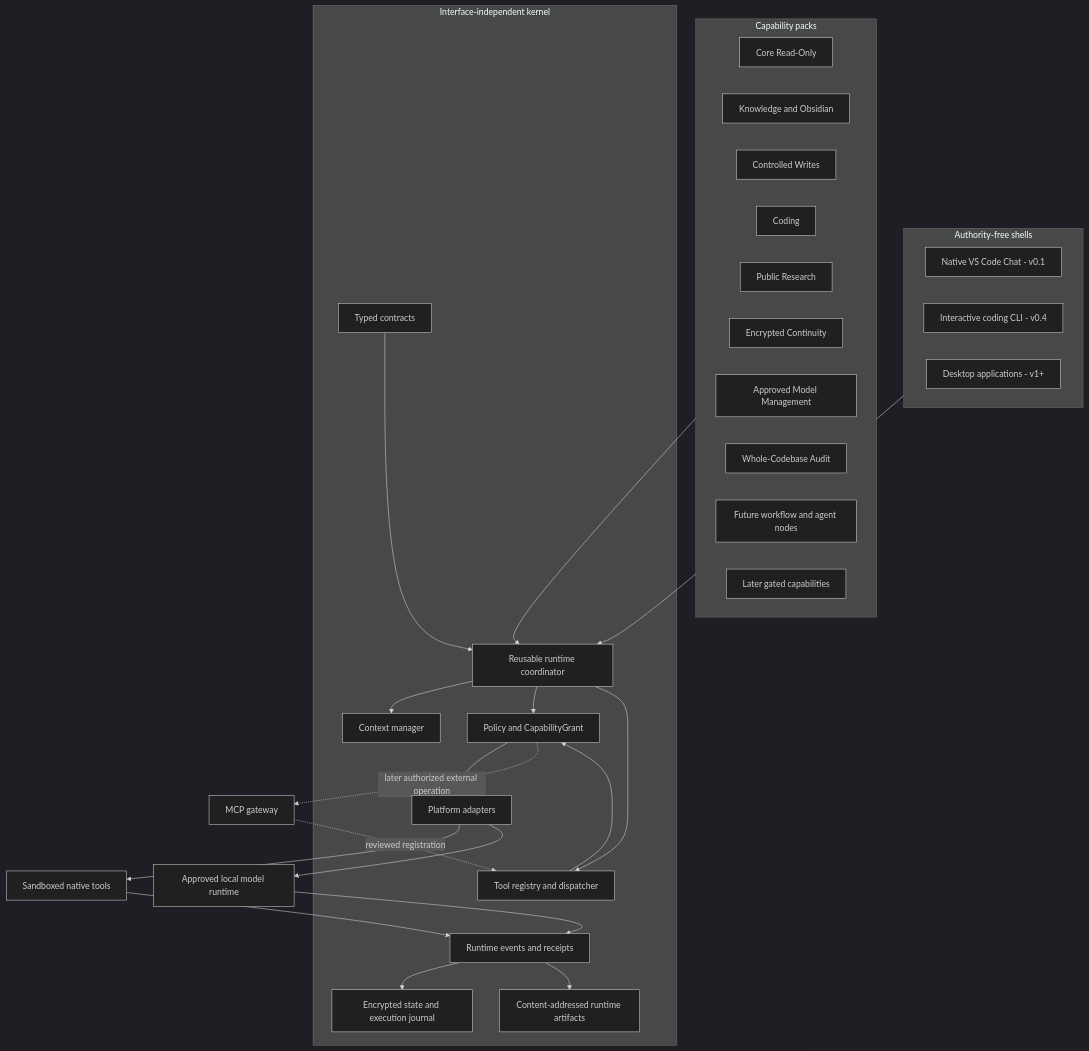
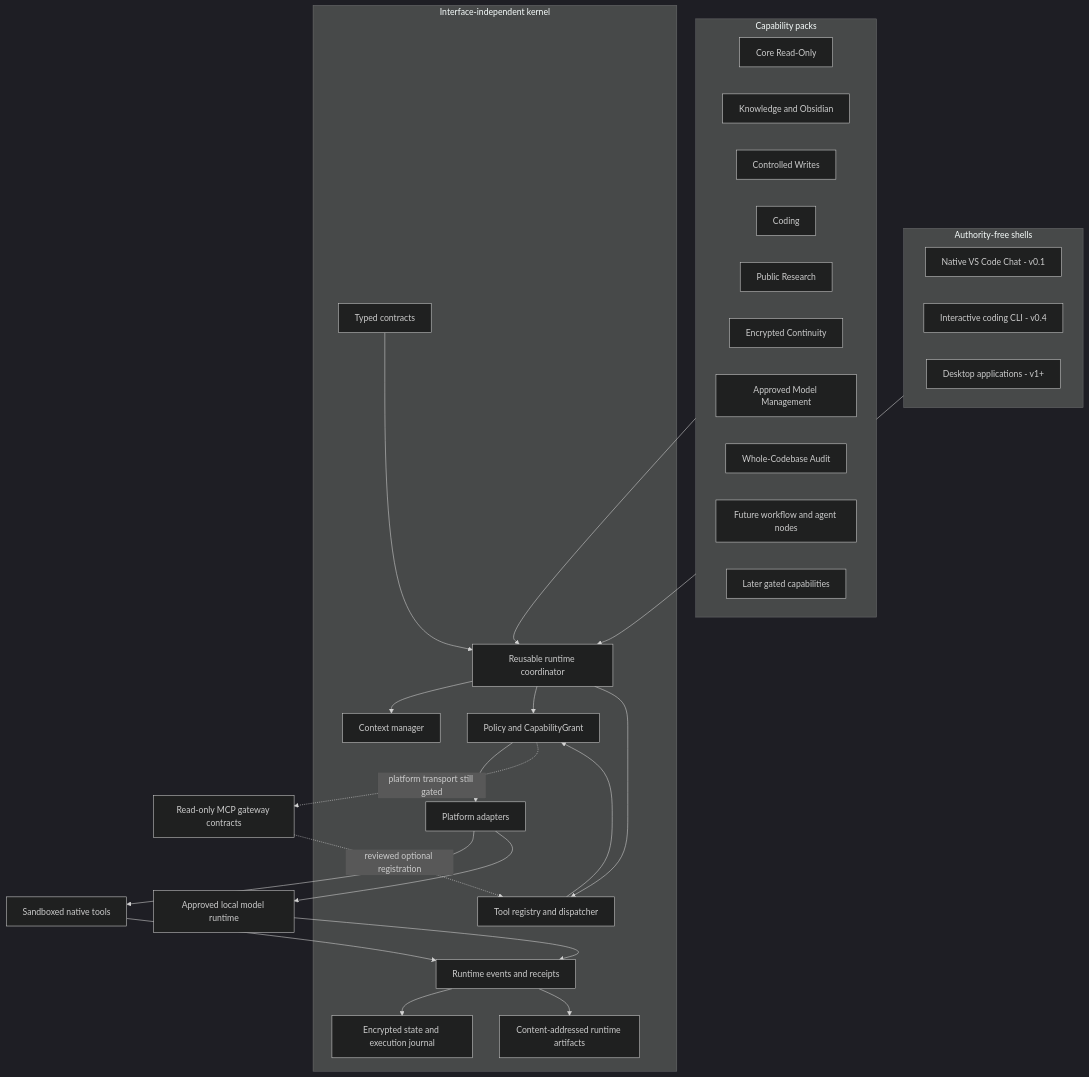
The first of 6 diagrams in PRD.md (AaronNHorvitz/AgentMage), drawn with Mermaid (dark theme) before and after one commit. The commit also changed other lines of this file and 8 other files, not shown here.

````diff
--- a/PRD.md
+++ b/PRD.md
@@ -167,50 +167,50 @@
 ```mermaid
 flowchart TB
     subgraph Shells["Authority-free shells"]
         VSC["Native VS Code Chat - v0.1"]
         CLI["Interactive coding CLI - v0.4"]
         DESK["Desktop applications - v1+"]
     end
 
     subgraph Packs["Capability packs"]
         CORE["Core Read-Only"]
         KNOW["Knowledge and Obsidian"]
         WRITE["Controlled Writes"]
         CODE["Coding"]
         RESEARCH["Public Research"]
         CONTINUITY["Encrypted Continuity"]
         MODELS["Approved Model Management"]
         AUDIT["Whole-Codebase Audit"]
         FLOW["Future workflow and agent nodes"]
         LATER["Later gated capabilities"]
     end
 
     subgraph Kernel["Interface-independent kernel"]
         CONTRACTS["Typed contracts"]
         RUNTIME["Reusable runtime coordinator"]
         CONTEXT["Context manager"]
         TOOLREG["Tool registry and dispatcher"]
         POLICY["Policy and CapabilityGrant"]
         EVENTS["Runtime events and receipts"]
         STATE["Encrypted state and execution journal"]
         ARTIFACTS["Content-addressed runtime artifacts"]
         ADAPTERS["Platform adapters"]
     end
 
     Shells --> RUNTIME
     Packs --> RUNTIME
     CONTRACTS --> RUNTIME
     RUNTIME --> CONTEXT
     RUNTIME --> POLICY
     RUNTIME --> TOOLREG
     TOOLREG --> POLICY
     POLICY --> ADAPTERS
     ADAPTERS --> TOOLS["Sandboxed native tools"]
-    MCP["MCP gateway"] -. "reviewed registration" .-> TOOLREG
-    POLICY -. "later authorized external operation" .-> MCP
+    MCP["Read-only MCP gateway contracts"] -. "reviewed optional registration" .-> TOOLREG
+    POLICY -. "platform transport still gated" .-> MCP
     ADAPTERS --> MODEL["Approved local model runtime"]
     TOOLS --> EVENTS
     MODEL --> EVENTS
     EVENTS --> STATE
     EVENTS --> ARTIFACTS
 ```
````
